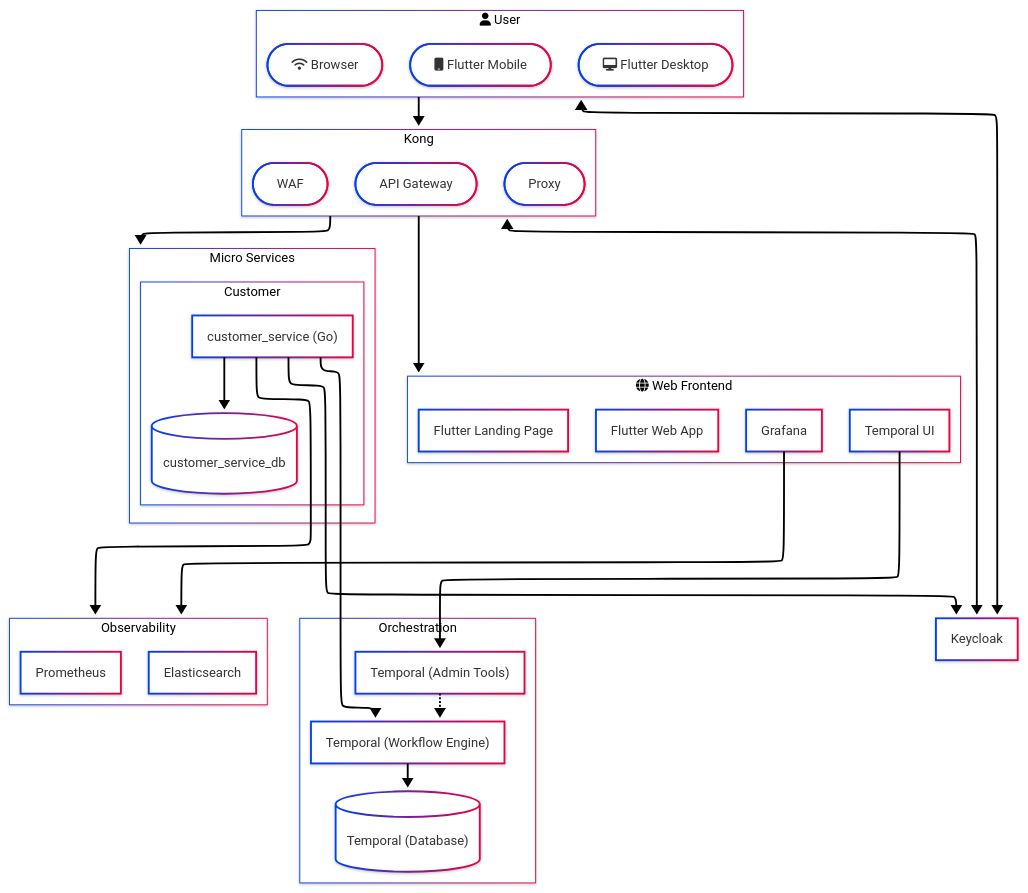
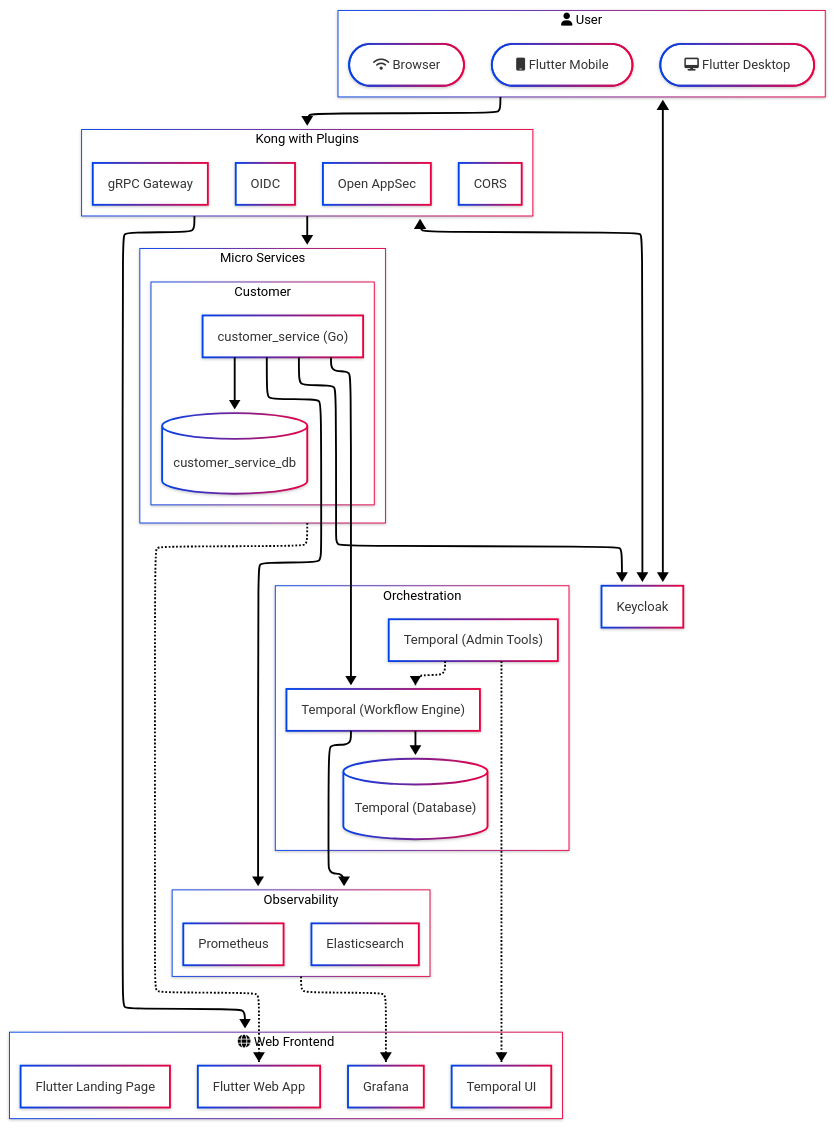
The diagram in README.md (b-fontaine/saaster_kit), drawn with Mermaid before and after one commit. The commit also changed 76 other files, not shown here.

Commit message:
refactor: retry with better architecture

````diff
--- a/README.md
+++ b/README.md
@@ -32,50 +32,53 @@
 ```mermaid
 ---
 config:
   theme: neo
   layout: elk
   look: neo
 ---
 flowchart TD
     subgraph client["fa:fa-user User"]
         mobile(["fa:fa-mobile Flutter Mobile"])
         desktop(["fa:fa-desktop Flutter Desktop"])
         chrome(["fa:fa-wifi Browser"])
     end
-    subgraph kong["Kong"]
-        api(["API Gateway"])
-        proxy(["Proxy"])
-        waf(["WAF"])
+    subgraph kong["Kong with Plugins"]
+        oidc["OIDC"]
+        open-appsec["Open AppSec"]
+        grpc-gateway["gRPC Gateway"]
+        cors["CORS"]
     end
     subgraph front["fa:fa-globe Web Frontend"]
         web["Flutter Web App"]
         landing["Flutter Landing Page"]
         temporal["Temporal UI"]
         grafana["Grafana"]
     end
     subgraph orch["Orchestration"]
         D["Temporal (Workflow Engine)"]
         D1["Temporal (Admin Tools)"]
         D3[("Temporal (Database)")]
     end
     subgraph customer["Customer"]
         customer-service["customer_service (Go)"]
         customer-db[("customer_service_db")]
     end
     subgraph ms["Micro Services"]
         customer
     end
     subgraph obs["Observability"]
         promoteus["Prometheus"]
         elasticsearch["Elasticsearch"]
     end
     D --> D3
     D1 -.-> D
     customer-service --> customer-db & iam["Keycloak"] & D & obs
-    grafana --> obs
-    temporal --> D1
+    obs -.-> grafana
+    D1 -.-> temporal
+    ms -.-> web
+    D --> obs
     client --> kong
     kong --> front & ms
     kong <--> iam
     client <--> iam
 ```
````
